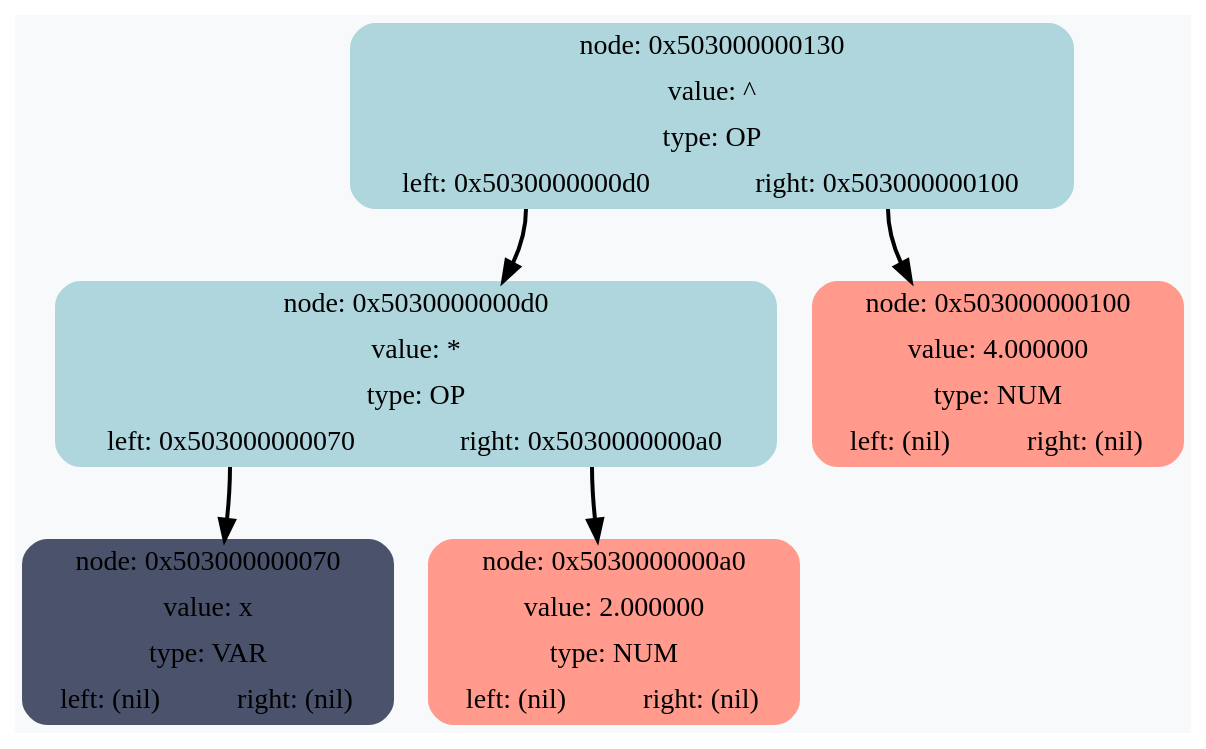
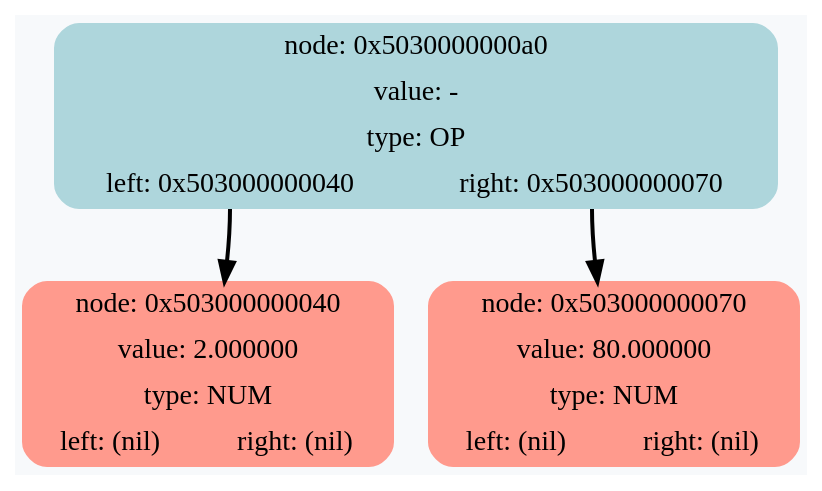
One commit to RTCupid/Differentiator changed the diagram in DiffDump.dot. Above: the diagram before and after it, drawn with Graphviz. The commit also changed 14 other files, not shown here.

```diff
--- a/DiffDump.dot
+++ b/DiffDump.dot
@@ -1,13 +1,9 @@
 digraph G {
 	rankdir = HR;
 	bgcolor="#F7F9FB"
-	 node0x503000000130 [shape=Mrecord; style=filled; color="#aed6dc"; label =  "{node: 0x503000000130 | value: ^ | type: OP | {<left>left: 0x5030000000d0 | <right>right: 0x503000000100}  }" ];
-	 node0x503000000130:<left> -> node0x5030000000d0 [style=bold; weight=1000; ];
-	 node0x503000000130:<right> -> node0x503000000100 [style=bold; weight=1000; ];
-	 node0x5030000000d0 [shape=Mrecord; style=filled; color="#aed6dc"; label =  "{node: 0x5030000000d0 | value: * | type: OP | {<left>left: 0x503000000070 | <right>right: 0x5030000000a0}  }" ];
-	 node0x5030000000d0:<left> -> node0x503000000070 [style=bold; weight=1000; ];
-	 node0x5030000000d0:<right> -> node0x5030000000a0 [style=bold; weight=1000; ];
-	 node0x503000000070 [shape=Mrecord; style=filled; color="#4a536b"; label =  "{node: 0x503000000070 | value: x | type: VAR | {<left>left: (nil) | <right>right: (nil)}  }" ];
-	 node0x5030000000a0 [shape=Mrecord; style=filled; color="#ff9a8d"; label =  "{node: 0x5030000000a0 | value: 2.000000 | type: NUM | {<left>left: (nil) | <right>right: (nil)}  }" ];
-	 node0x503000000100 [shape=Mrecord; style=filled; color="#ff9a8d"; label =  "{node: 0x503000000100 | value: 4.000000 | type: NUM | {<left>left: (nil) | <right>right: (nil)}  }" ];
+	 node0x5030000000a0 [shape=Mrecord; style=filled; color="#aed6dc"; label =  "{node: 0x5030000000a0 | value: - | type: OP | {<left>left: 0x503000000040 | <right>right: 0x503000000070}  }" ];
+	 node0x5030000000a0:<left> -> node0x503000000040 [style=bold; weight=1000; ];
+	 node0x5030000000a0:<right> -> node0x503000000070 [style=bold; weight=1000; ];
+	 node0x503000000040 [shape=Mrecord; style=filled; color="#ff9a8d"; label =  "{node: 0x503000000040 | value: 2.000000 | type: NUM | {<left>left: (nil) | <right>right: (nil)}  }" ];
+	 node0x503000000070 [shape=Mrecord; style=filled; color="#ff9a8d"; label =  "{node: 0x503000000070 | value: 80.000000 | type: NUM | {<left>left: (nil) | <right>right: (nil)}  }" ];
 }
```
